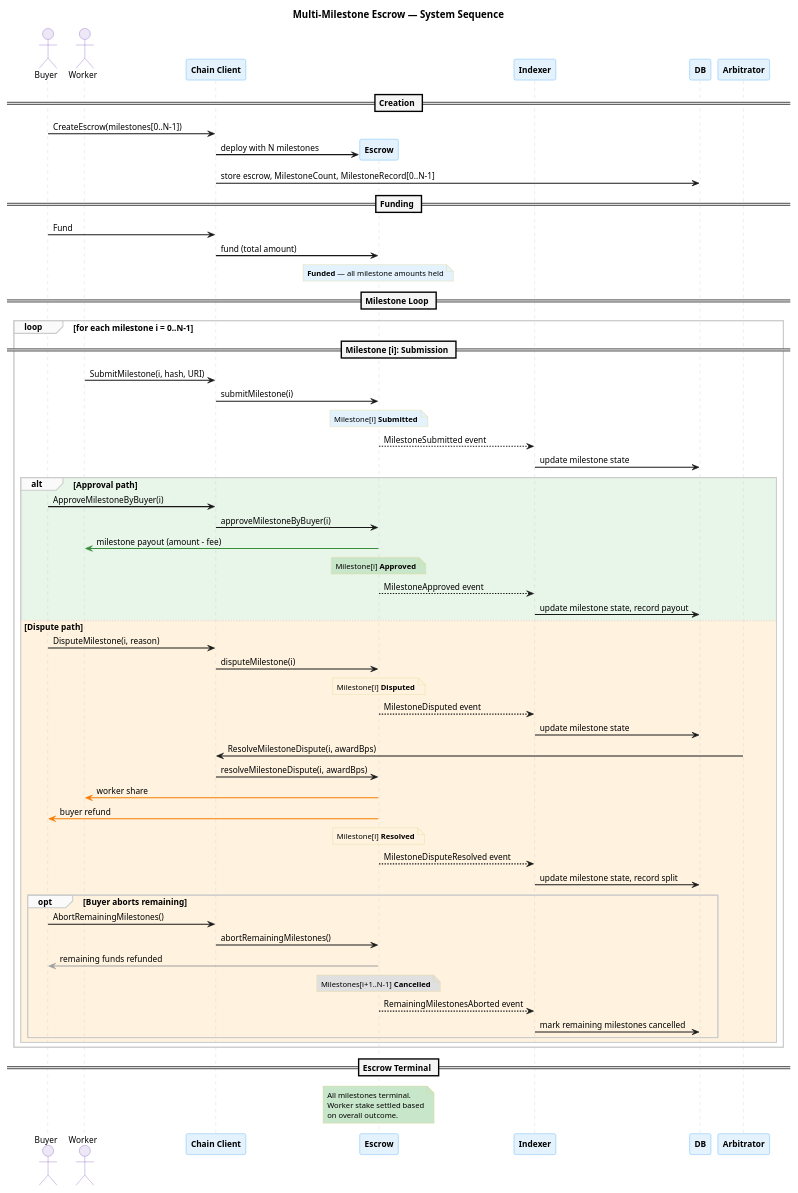
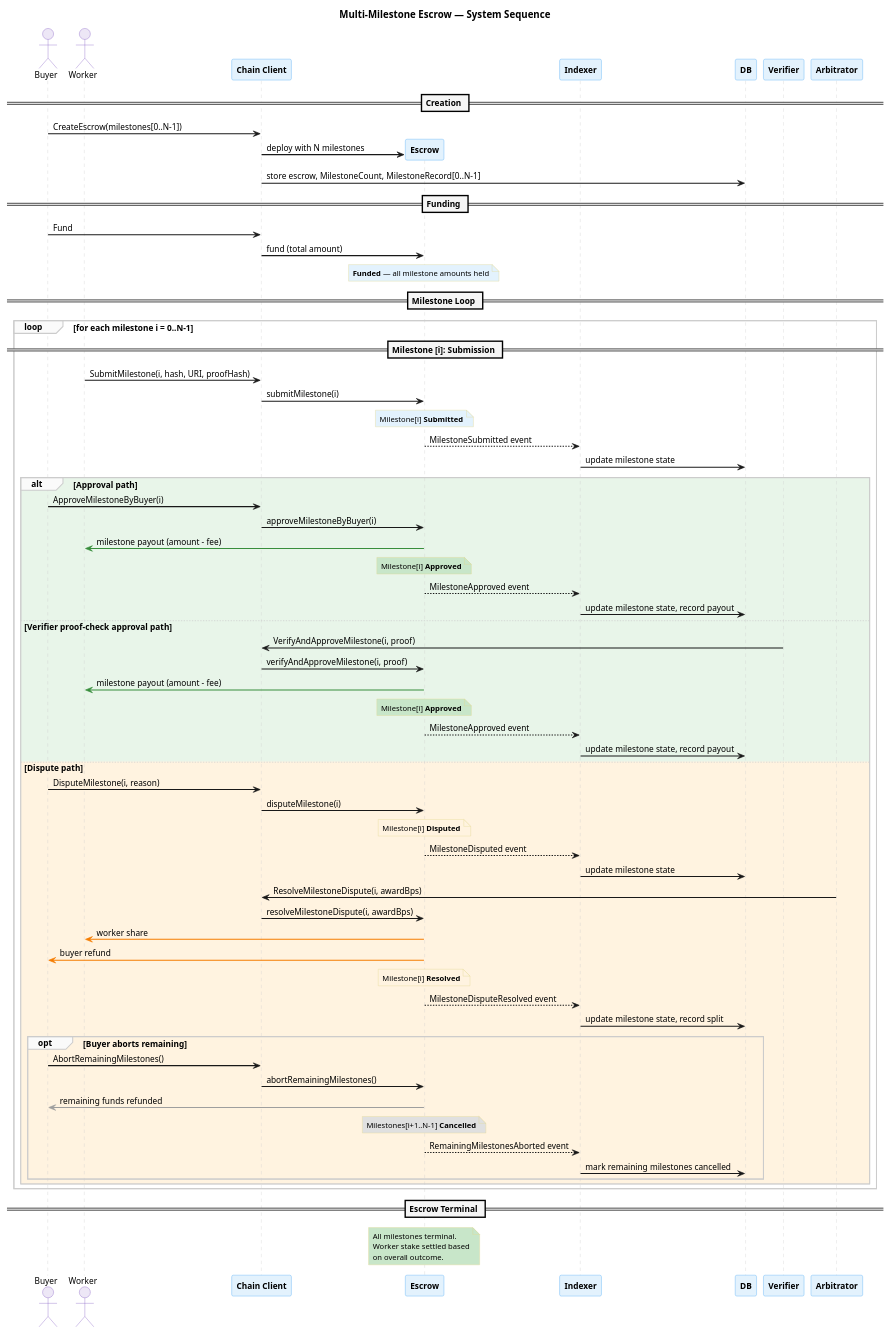
One commit to eddiefleurent/agent-escrow changed the third of 5 diagrams in docs/diagrams/lifecycle-sequence.puml. Above: the diagram before and after it, drawn with PlantUML. The commit also changed other lines of this file and 50 other files, not shown here.

```diff
--- a/docs/diagrams/lifecycle-sequence.puml
+++ b/docs/diagrams/lifecycle-sequence.puml
@@ -191,106 +199,114 @@
 @startuml milestone-system-sequence
 skinparam backgroundColor #FFFFFF
 skinparam defaultFontName "Helvetica"
 skinparam defaultFontSize 12
 skinparam shadowing false
 skinparam sequenceArrowThickness 1.5
 skinparam sequenceLifeLineBorderColor #CCCCCC
 skinparam sequenceDividerBackgroundColor #F5F5F5
 skinparam sequenceDividerFontStyle bold
 skinparam sequenceGroupBackgroundColor #FAFAFA
 skinparam sequenceGroupBorderColor #CCCCCC
 
 skinparam participant {
   BorderColor #42A5F5
   BackgroundColor #E3F2FD
   FontStyle bold
 }
 
 skinparam actor {
   BorderColor #7E57C2
   BackgroundColor #EDE7F6
 }
 
 skinparam note {
   BackgroundColor #FFFDE7
   BorderColor #E0D68A
   FontSize 11
 }
 
 title Multi-Milestone Escrow — System Sequence
 
 actor "Buyer" as buyer
 actor "Worker" as worker
 participant "Chain Client" as chain
 participant "Escrow" as escrow
 participant "Indexer" as indexer
 participant "DB" as db
 
 == Creation ==
 
 buyer -> chain : CreateEscrow(milestones[0..N-1])
 chain -> escrow ** : deploy with N milestones
 chain -> db : store escrow, MilestoneCount, MilestoneRecord[0..N-1]
 
 == Funding ==
 
 buyer -> chain : Fund
 chain -> escrow : fund (total amount)
 note over escrow #E3F2FD : **Funded** — all milestone amounts held
 
 == Milestone Loop ==
 
 loop for each milestone i = 0..N-1
 
   == Milestone [i]: Submission ==
 
-  worker -> chain : SubmitMilestone(i, hash, URI)
+  worker -> chain : SubmitMilestone(i, hash, URI, proofHash)
   chain -> escrow : submitMilestone(i)
   note over escrow #E3F2FD : Milestone[i] **Submitted**
   escrow --> indexer : MilestoneSubmitted event
   indexer -> db : update milestone state
 
   alt #E8F5E9 Approval path
     buyer -> chain : ApproveMilestoneByBuyer(i)
     chain -> escrow : approveMilestoneByBuyer(i)
+    escrow -[#388E3C]> worker : milestone payout (amount - fee)
+    note over escrow #C8E6C9 : Milestone[i] **Approved**
+    escrow --> indexer : MilestoneApproved event
+    indexer -> db : update milestone state, record payout
+
+  else #E8F5E9 Verifier proof-check approval path
+    "Verifier" as verifier -> chain : VerifyAndApproveMilestone(i, proof)
+    chain -> escrow : verifyAndApproveMilestone(i, proof)
     escrow -[#388E3C]> worker : milestone payout (amount - fee)
     note over escrow #C8E6C9 : Milestone[i] **Approved**
     escrow --> indexer : MilestoneApproved event
     indexer -> db : update milestone state, record payout
 
   else #FFF3E0 Dispute path
     buyer -> chain : DisputeMilestone(i, reason)
     chain -> escrow : disputeMilestone(i)
     note over escrow #FFF3E0 : Milestone[i] **Disputed**
     escrow --> indexer : MilestoneDisputed event
     indexer -> db : update milestone state
 
     "Arbitrator" as arbitrator -> chain : ResolveMilestoneDispute(i, awardBps)
     chain -> escrow : resolveMilestoneDispute(i, awardBps)
     escrow -[#F57C00]> worker : worker share
     escrow -[#F57C00]> buyer : buyer refund
     note over escrow #FFF3E0 : Milestone[i] **Resolved**
     escrow --> indexer : MilestoneDisputeResolved event
     indexer -> db : update milestone state, record split
 
     opt Buyer aborts remaining
       buyer -> chain : AbortRemainingMilestones()
       chain -> escrow : abortRemainingMilestones()
       escrow -[#9E9E9E]> buyer : remaining funds refunded
       note over escrow #E0E0E0 : Milestones[i+1..N-1] **Cancelled**
       escrow --> indexer : RemainingMilestonesAborted event
       indexer -> db : mark remaining milestones cancelled
     end
   end
 
 end
 
 == Escrow Terminal ==
 
 note over escrow #C8E6C9
   All milestones terminal.
   Worker stake settled based
   on overall outcome.
 end note
 
 @enduml
```
